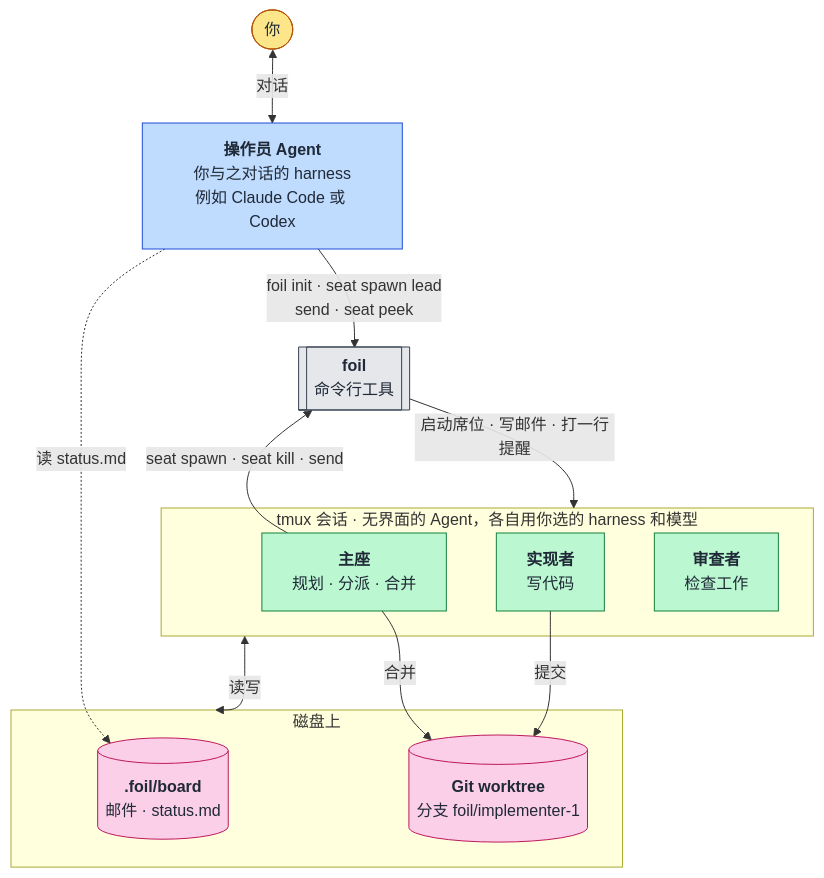
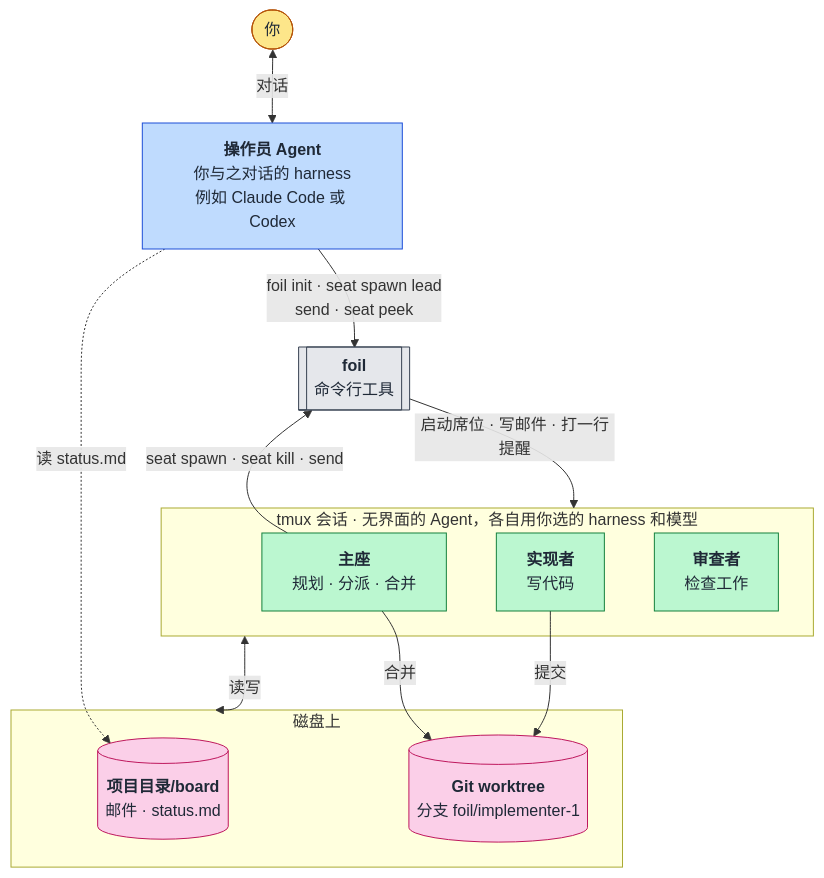
Before and after one commit to TiantianFlow/foil: the diagram in README.zh-CN.md, drawn with Mermaid. The commit also changed other lines of this file and 12 other files, not shown here.

````diff
--- a/README.zh-CN.md
+++ b/README.zh-CN.md
@@ -36,37 +36,37 @@
 ```mermaid
 flowchart TB
   you(["你"])
   operator["<b>操作员 Agent</b><br/>你与之对话的 harness<br/>例如 Claude Code 或 Codex"]
   foil[["<b>foil</b><br/>命令行工具"]]
 
   subgraph fleet["tmux 会话 · 无界面的 Agent，各自用你选的 harness 和模型"]
     lead["<b>主座</b><br/>规划 · 分派 · 合并"]
     impl["<b>实现者</b><br/>写代码"]
     rev["<b>审查者</b><br/>检查工作"]
   end
 
   subgraph disk["磁盘上"]
-    board[("<b>.foil/board</b><br/>邮件 · status.md")]
+    board[("<b>项目目录/board</b><br/>邮件 · status.md")]
     tree[("<b>Git worktree</b><br/>分支 foil/implementer-1")]
   end
 
   you <-->|对话| operator
   operator -->|"foil init · seat spawn lead<br/>send · seat peek"| foil
   lead -->|"seat spawn · seat kill · send"| foil
   foil -->|"启动席位 · 写邮件 · 打一行提醒"| fleet
   fleet <-->|读写| disk
   impl -->|提交| tree
   lead -->|合并| tree
   operator -.->|读 status.md| board
 
   classDef human fill:#fde68a,stroke:#b45309,color:#1f2937
   classDef yours fill:#bfdbfe,stroke:#1d4ed8,color:#1f2937
   classDef tool fill:#e5e7eb,stroke:#374151,color:#1f2937
   classDef seat fill:#bbf7d0,stroke:#15803d,color:#1f2937
   classDef data fill:#fbcfe8,stroke:#be185d,color:#1f2937
   class you human
   class operator yours
   class foil tool
   class lead,impl,rev seat
   class board,tree data
 ```
````
